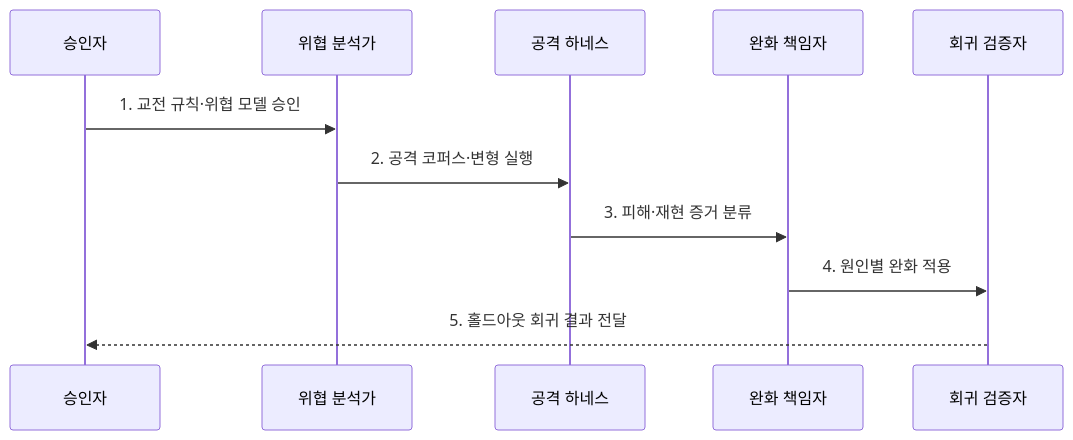
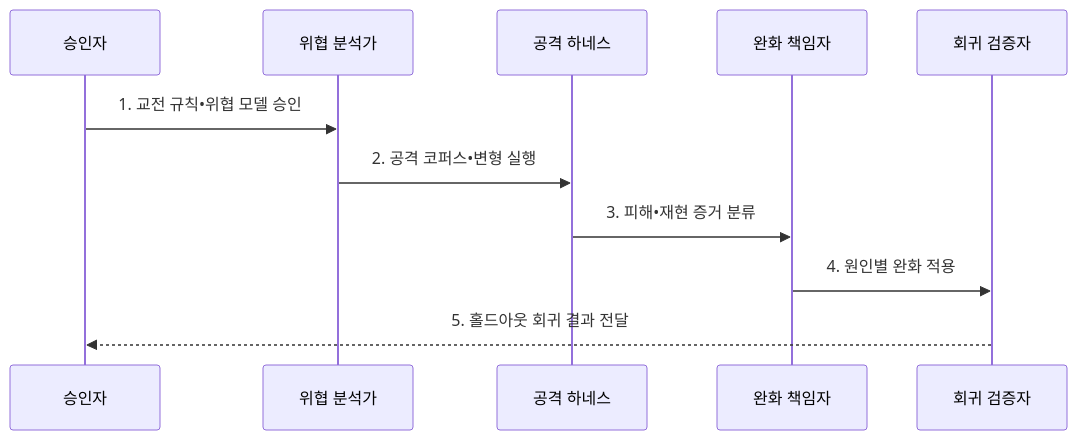
Before and after one commit to agnusdei1207/knowledge-base: the second of 2 diagrams in src/content/docs/notes/08-latest-tech/115_ai_red_teaming.md, drawn with Mermaid. The commit also changed other lines of this file and 953 other files, not shown here.

````diff
--- a/src/content/docs/notes/08-latest-tech/115_ai_red_teaming.md
+++ b/src/content/docs/notes/08-latest-tech/115_ai_red_teaming.md
@@ -103,13 +103,13 @@
 ```mermaid
 sequenceDiagram
     participant O as 승인자
     participant T as 위협 분석가
     participant H as 공격 하네스
     participant M as 완화 책임자
     participant V as 회귀 검증자
-    O->>T: 1. 교전 규칙·위협 모델 승인
-    T->>H: 2. 공격 코퍼스·변형 실행
-    H->>M: 3. 피해·재현 증거 분류
+    O->>T: 1. 교전 규칙•위협 모델 승인
+    T->>H: 2. 공격 코퍼스•변형 실행
+    H->>M: 3. 피해•재현 증거 분류
     M->>V: 4. 원인별 완화 적용
     V-->>O: 5. 홀드아웃 회귀 결과 전달
 ```
````
